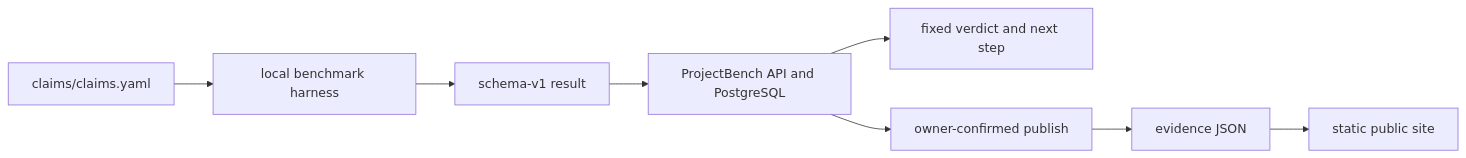
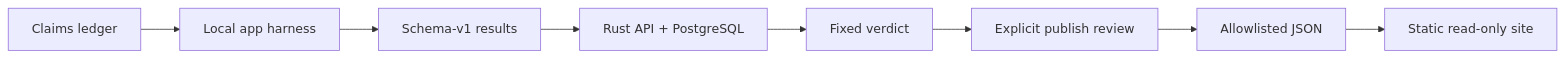
The diagram in README.md (Krishna-Mehta-135/ProjectBench), drawn with Mermaid before and after one commit. The commit also changed other lines of this file, not shown here.

````diff
--- a/README.md
+++ b/README.md
@@ -45,10 +55,10 @@
 ```mermaid
 flowchart LR
-  A[claims/claims.yaml] --> B[local benchmark harness]
-  B --> C[schema-v1 result]
-  C --> D[ProjectBench API and PostgreSQL]
-  D --> E[fixed verdict and next step]
-  D --> F[owner-confirmed publish]
-  F --> G[evidence JSON]
-  G --> H[static public site]
+  A[Claims ledger] --> B[Local app harness]
+  B --> C[Schema-v1 results]
+  C --> D[Rust API + PostgreSQL]
+  D --> E[Fixed verdict]
+  E --> F[Explicit publish review]
+  F --> G[Allowlisted JSON]
+  G --> H[Static read-only site]
 ```
````
